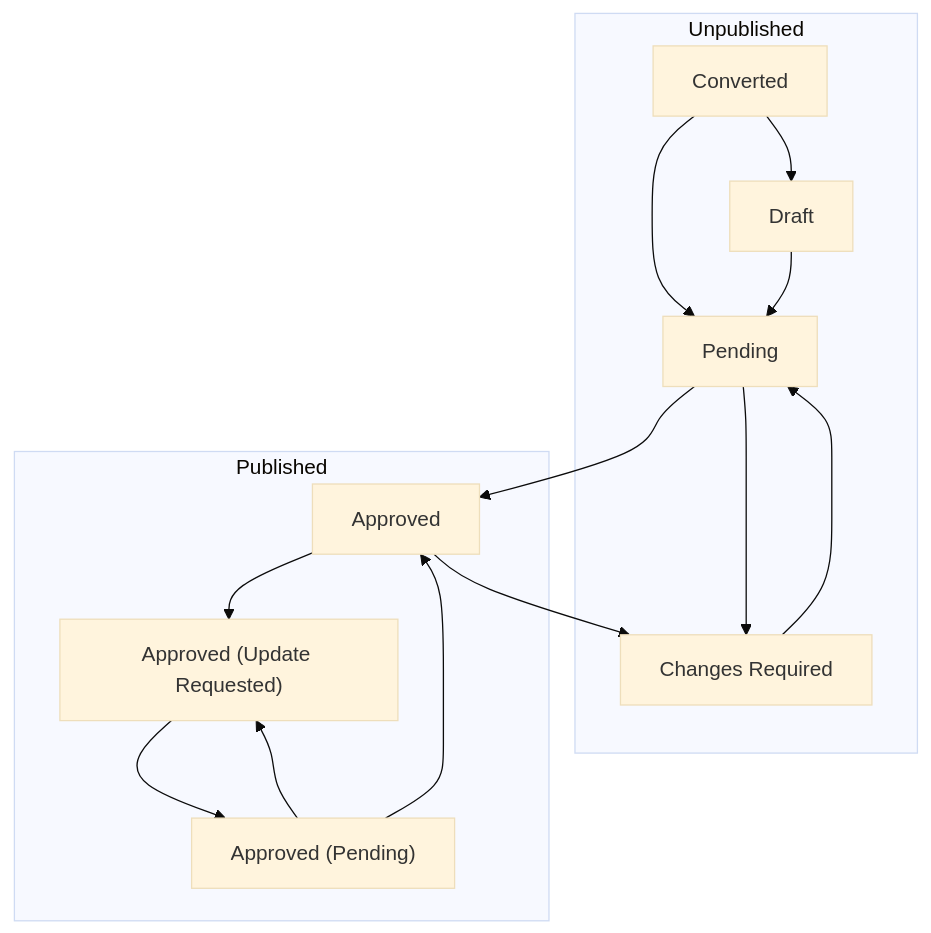
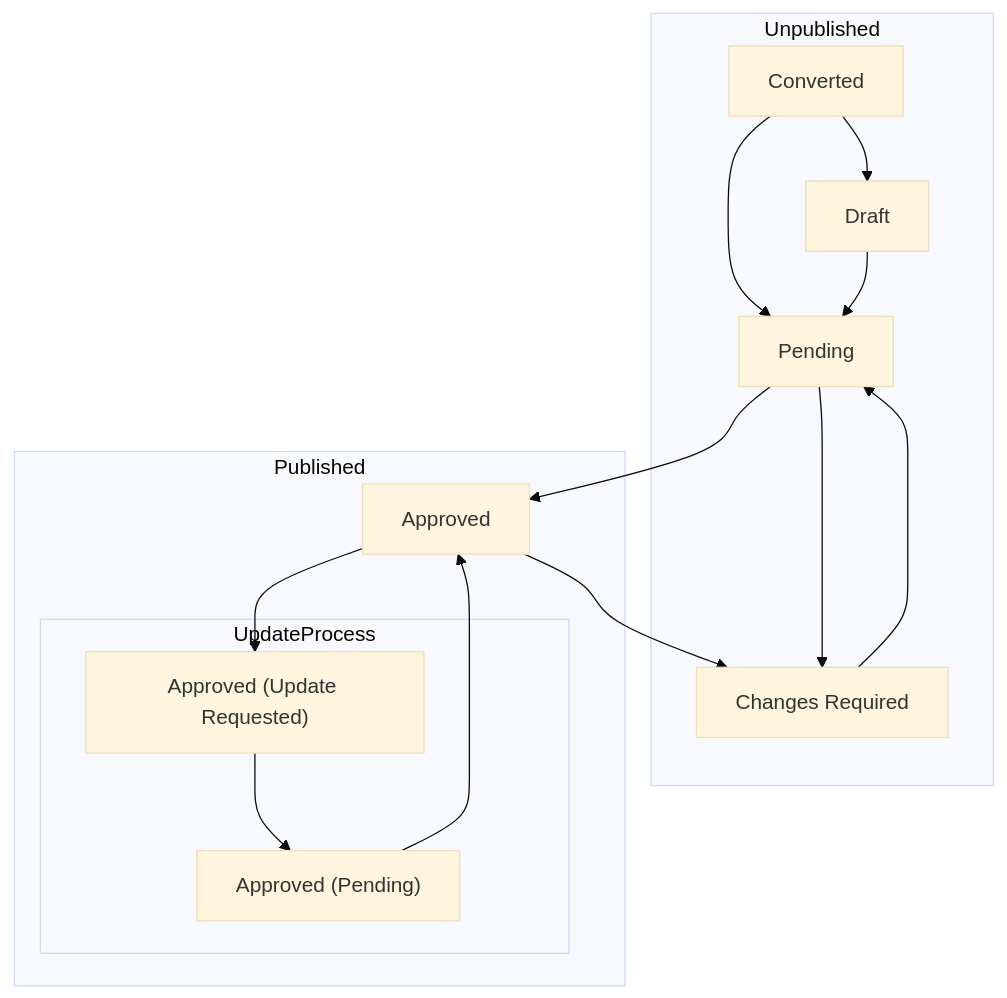
Before and after one commit to opendp/deployments-registry-data: the diagram in README.md, drawn with Mermaid (base theme).

Commit message:
Changes requested for update mermaid graph

````diff
--- a/README.md
+++ b/README.md
@@ -20,15 +20,18 @@
 ```mermaid
 graph TD
     subgraph Unpublished
         Converted --> Draft
         Converted --> Pending
         Draft --> Pending
         Pending --> Changes["Changes Required"] --> Pending
     end
     subgraph Published
-        Approved --> Update["Approved (Update Requested)"] --> Repending["Approved (Pending)"] --> Update
+        subgraph UpdateProcess
+            Update["Approved (Update Requested)"] --> Repending["Approved (Pending)"]
+        end
+        Approved --> Update["Approved (Update Requested)"] 
         Repending --> Approved
     end
     Pending --> Approved
     Approved --> Changes
 ```
````
